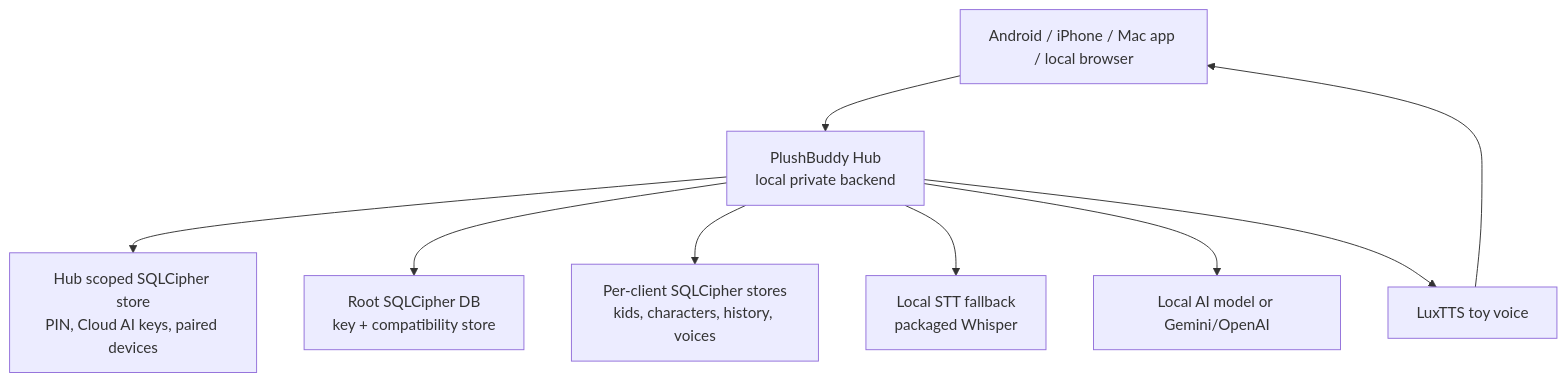
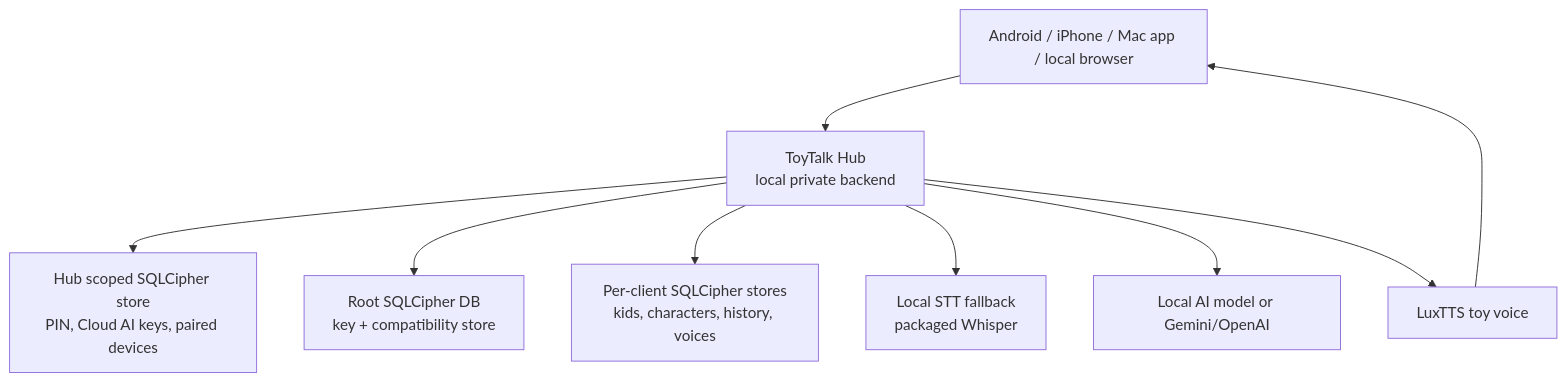
One commit to palwe-prafulla/plushpal changed the diagram in README.md. Above: the diagram before and after it, drawn with Mermaid. The commit also changed other lines of this file and 97 other files, not shown here.

Commit message:
Release ToyTalk V2 hub-client architecture

````diff
--- a/README.md
+++ b/README.md
@@ -88,11 +88,11 @@
 ```mermaid
 flowchart TB
-    Clients["Android / iPhone / Mac app / local browser"] --> Hub["PlushBuddy Hub<br/>local private backend"]
+    Clients["Android / iPhone / Mac app / local browser"] --> Hub["ToyTalk Hub<br/>local private backend"]
     Hub --> HubDB["Hub scoped SQLCipher store<br/>PIN, Cloud AI keys, paired devices"]
     Hub --> Registry["Root SQLCipher DB<br/>key + compatibility store"]
     Hub --> ClientDB["Per-client SQLCipher stores<br/>kids, characters, history, voices"]
     Hub --> STT["Local STT fallback<br/>packaged Whisper"]
     Hub --> AI["Local AI model or Gemini/OpenAI"]
     Hub --> TTS["LuxTTS toy voice"]
     TTS --> Clients
 ```
````
